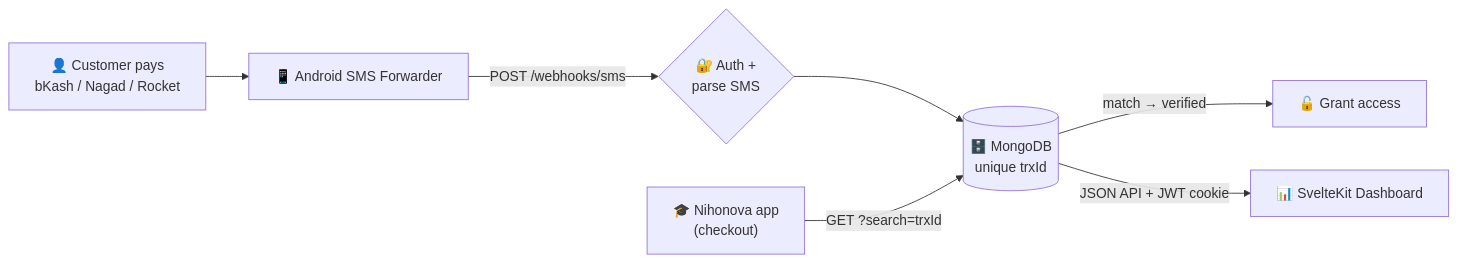
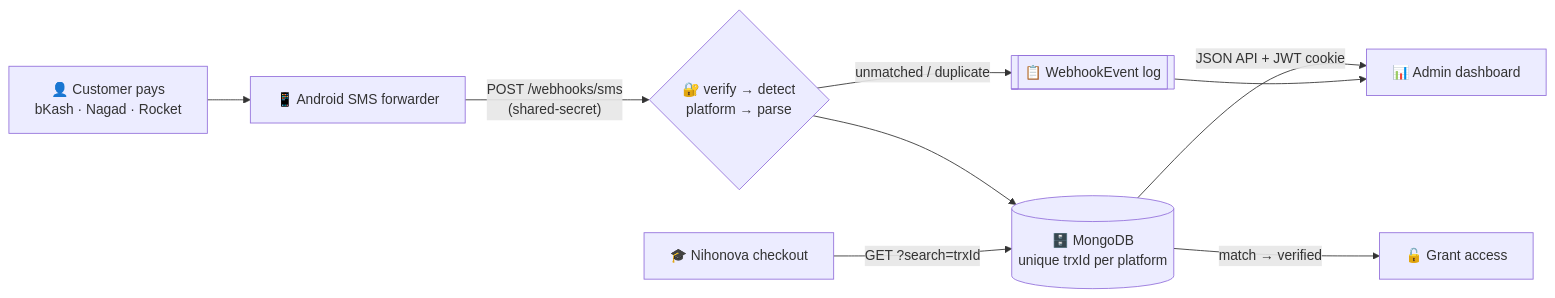
The diagram in README.md (mrahmann0010/Nihonova-Payment-Gateway), drawn with Mermaid before and after one commit. The commit also changed other lines of this file, not shown here.

````diff
--- a/README.md
+++ b/README.md
@@ -25,9 +32,11 @@
 ```mermaid
 flowchart LR
-    A["👤 Customer pays<br/>bKash / Nagad / Rocket"] --> B["📱 Android SMS Forwarder"]
-    B -->|"POST /webhooks/sms"| C{"🔐 Auth +<br/>parse SMS"}
-    C --> D[("🗄️ MongoDB<br/>unique trxId")]
-    E["🎓 Nihonova app<br/>(checkout)"] -->|"GET ?search=trxId"| D
+    A["👤 Customer pays<br/>bKash · Nagad · Rocket"] --> B["📱 Android SMS forwarder"]
+    B -->|"POST /webhooks/sms<br/>(shared-secret)"| C{"🔐 verify → detect<br/>platform → parse"}
+    C -->|"unmatched / duplicate"| L[["📋 WebhookEvent log"]]
+    C --> D[("🗄️ MongoDB<br/>unique trxId per platform")]
+    E["🎓 Nihonova checkout"] -->|"GET ?search=trxId"| D
     D -->|"match → verified"| F["🔓 Grant access"]
-    D -->|"JSON API + JWT cookie"| G["📊 SvelteKit Dashboard"]
+    D -->|"JSON API + JWT cookie"| G["📊 Admin dashboard"]
+    L --> G
 ```
````
